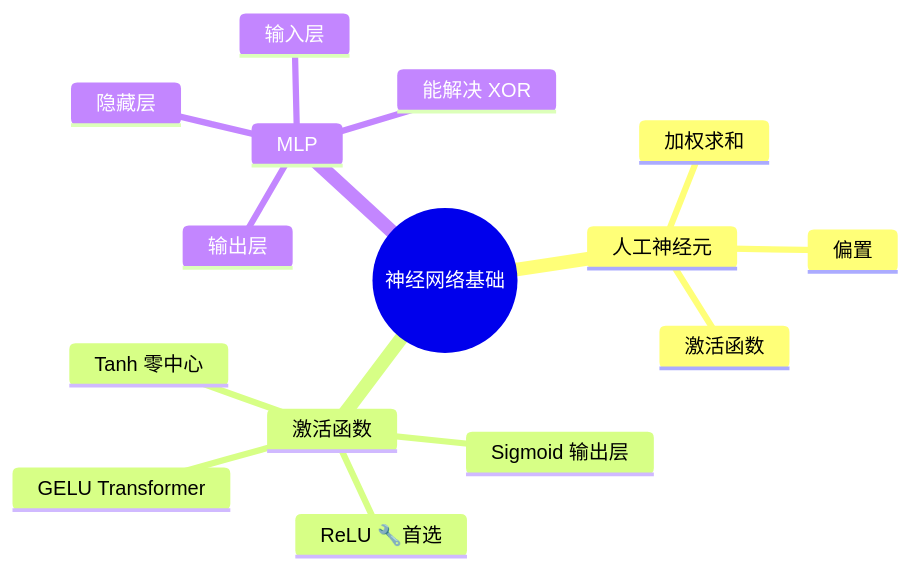
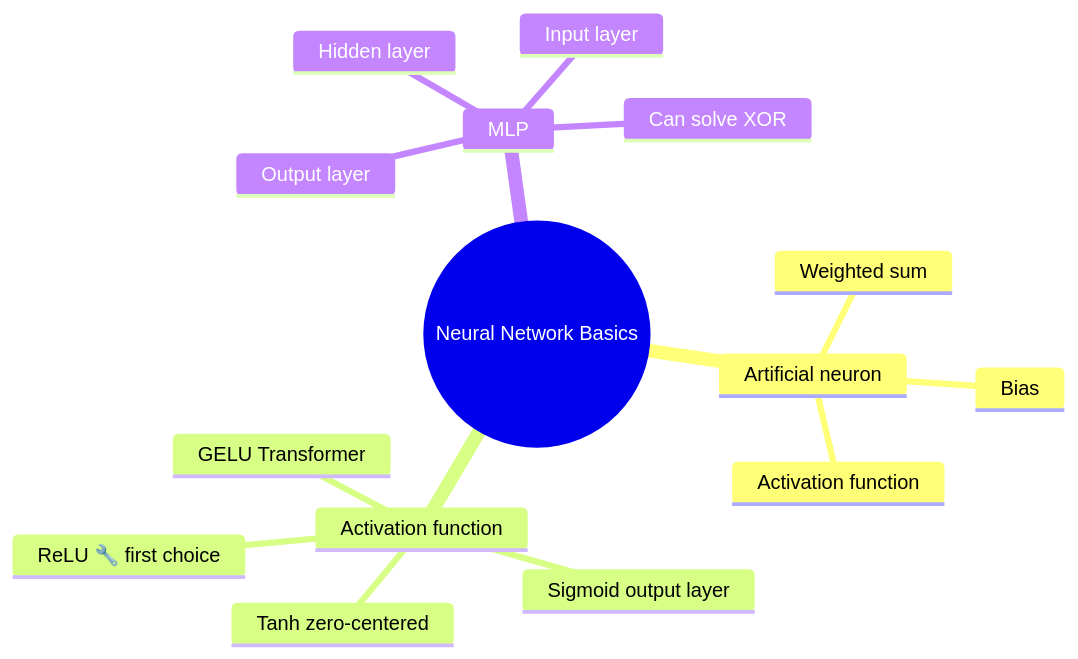
Before and after one commit to oudbiao/AI-fullstack-course: the fifth of 5 diagrams in docs/ch06-deep-learning/ch01-nn-basics/01-neurons-activation.md, drawn with Mermaid. The commit also changed other lines of this file and 1406 other files, not shown here.

````diff
--- a/docs/ch06-deep-learning/ch01-nn-basics/01-neurons-activation.md
+++ b/docs/ch06-deep-learning/ch01-nn-basics/01-neurons-activation.md
@@ -536,18 +536,18 @@
 ```mermaid
 mindmap
-  root((神经网络基础))
-    人工神经元
-      加权求和
-      偏置
-      激活函数
-    激活函数
-      ReLU 🔧首选
-      Sigmoid 输出层
-      Tanh 零中心
+  root((Neural Network Basics))
+    Artificial neuron
+      Weighted sum
+      Bias
+      Activation function
+    Activation function
+      ReLU 🔧 first choice
+      Sigmoid output layer
+      Tanh zero-centered
       GELU Transformer
     MLP
-      输入层
-      隐藏层
-      输出层
-      能解决 XOR
+      Input layer
+      Hidden layer
+      Output layer
+      Can solve XOR
 ```
````
